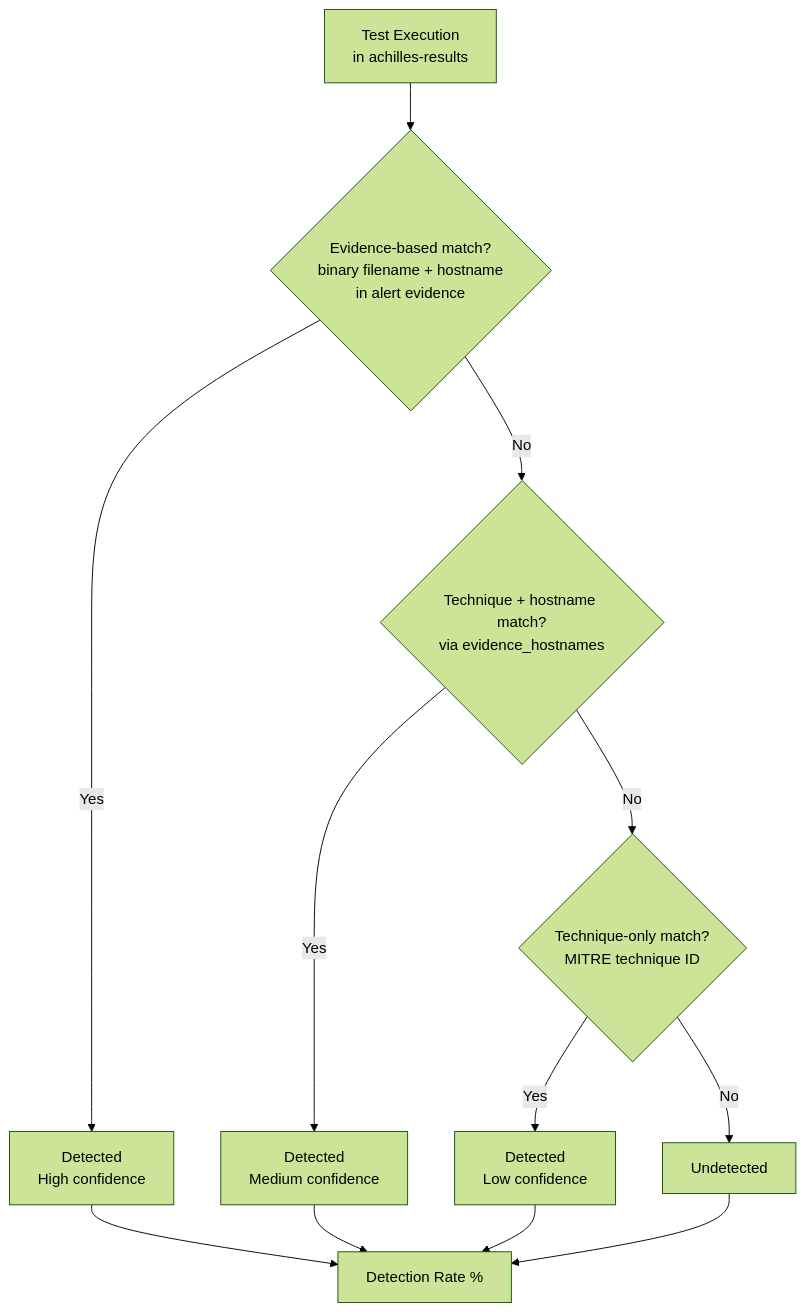
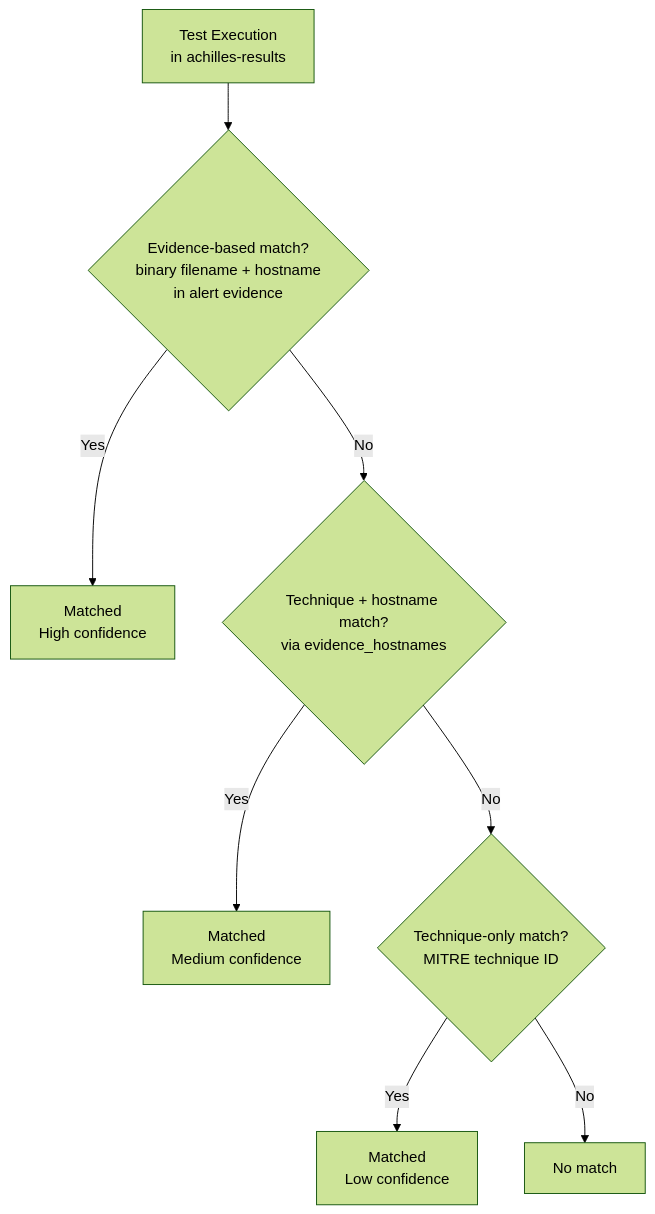
One commit to projectachilles/ProjectAchilles changed the third of 3 diagrams in wiki/docs/user-guide/integrations/microsoft-defender.md. Above: the diagram before and after it, drawn with Mermaid (forest theme). The commit also changed other lines of this file and 9 other files, not shown here.

````diff
--- a/wiki/docs/user-guide/integrations/microsoft-defender.md
+++ b/wiki/docs/user-guide/integrations/microsoft-defender.md
@@ -181,12 +220,10 @@
 ```mermaid
 graph TB
     A[Test Execution<br/>in achilles-results] --> B{Evidence-based match?<br/>binary filename + hostname<br/>in alert evidence}
-    B -->|Yes| D[Detected<br/>High confidence]
+    B -->|Yes| D[Matched<br/>High confidence]
     B -->|No| C{Technique + hostname match?<br/>via evidence_hostnames}
-    C -->|Yes| E[Detected<br/>Medium confidence]
+    C -->|Yes| E[Matched<br/>Medium confidence]
     C -->|No| F{Technique-only match?<br/>MITRE technique ID}
-    F -->|Yes| G[Detected<br/>Low confidence]
-    F -->|No| H[Undetected]
-    D & E & G --> I[Detection Rate %]
-    H --> I
+    F -->|Yes| G[Matched<br/>Low confidence]
+    F -->|No| H[No match]
 ```
````
